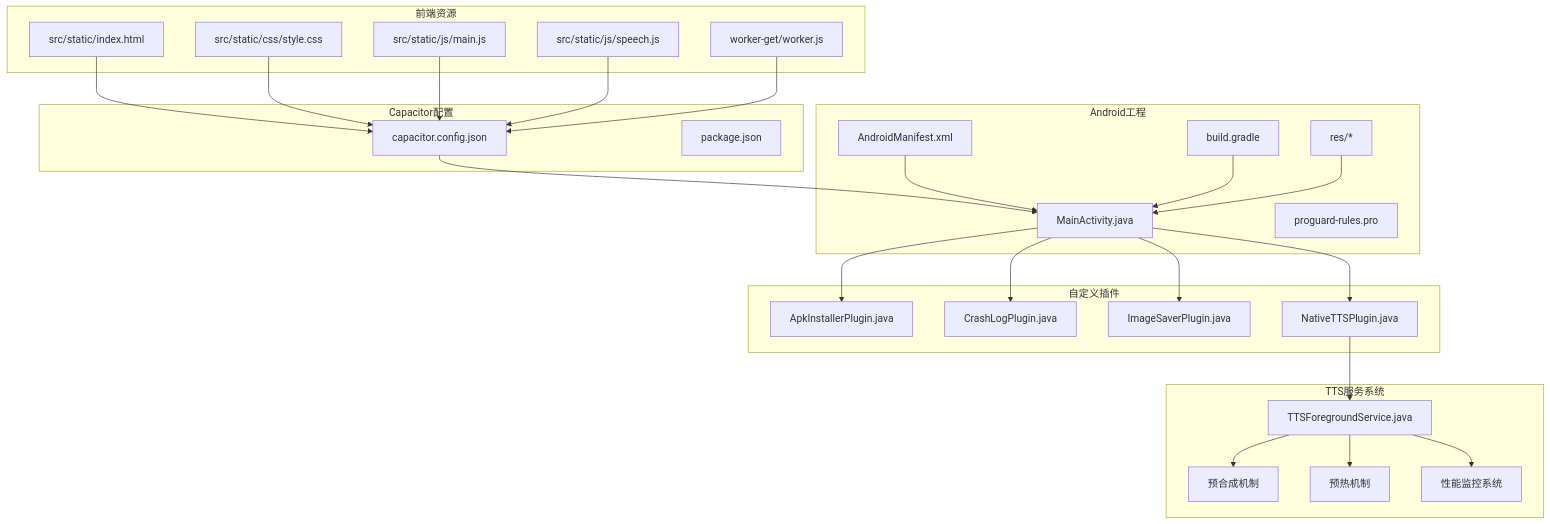
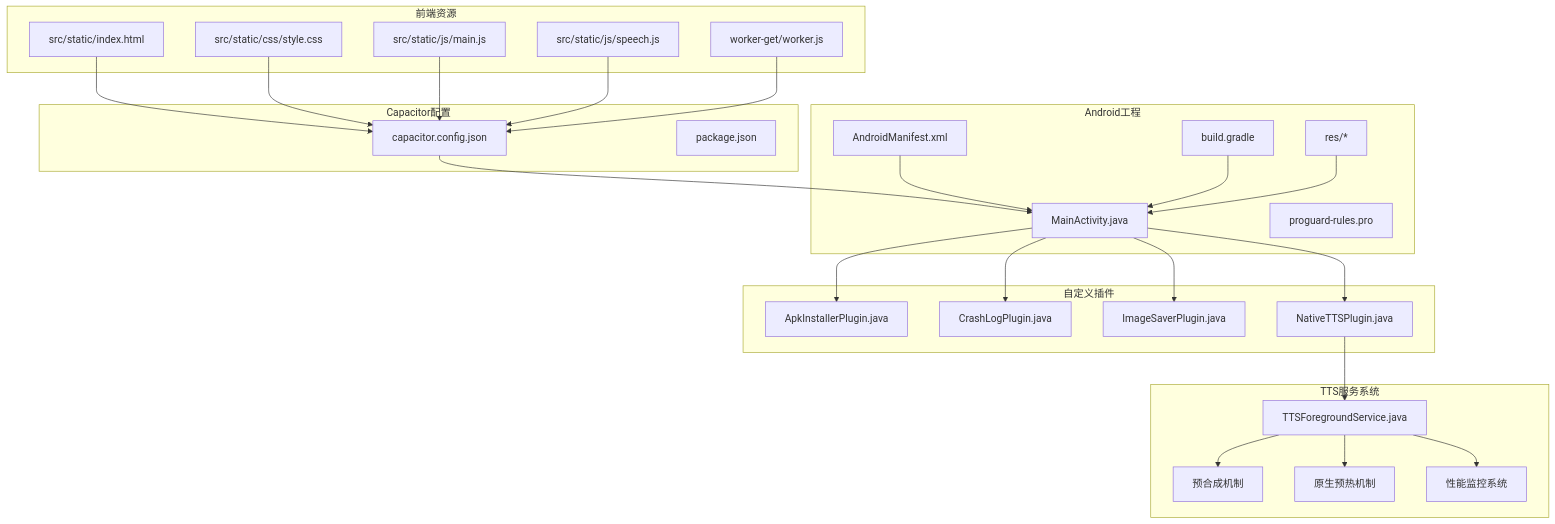
One commit to zhao-zg/cx changed the first of 11 diagrams in .qoder/repowiki/zh/content/移动应用开发/移动应用开发.md. Above: the diagram before and after it, drawn with Mermaid. The commit also changed other lines of this file and 30 other files, not shown here.

````diff
--- a/.qoder/repowiki/zh/content/移动应用开发/移动应用开发.md
+++ b/.qoder/repowiki/zh/content/移动应用开发/移动应用开发.md
@@ -67,50 +67,50 @@
 ```mermaid
 graph TB
 subgraph "前端资源"
 HTML["src/static/index.html"]
 CSS["src/static/css/style.css"]
 JS["src/static/js/main.js"]
 SPEECH["src/static/js/speech.js"]
 WORKER["worker-get/worker.js"]
 end
 subgraph "Capacitor配置"
 CAP_CONF["capacitor.config.json"]
 PKG["package.json"]
 end
 subgraph "Android工程"
 MANIFEST["AndroidManifest.xml"]
 MAINACT["MainActivity.java"]
 BUILD_GRADLE["build.gradle"]
 PROGUARD["proguard-rules.pro"]
 RES["res/*"]
 end
 subgraph "自定义插件"
 APK["ApkInstallerPlugin.java"]
 CRASH["CrashLogPlugin.java"]
 IMG["ImageSaverPlugin.java"]
 TTS["NativeTTSPlugin.java"]
 end
 subgraph "TTS服务系统"
 TTS_SERVICE["TTSForegroundService.java"]
 PRE_SYNTH["预合成机制"]
-WARMUP["预热机制"]
+WARMUP["原生预热机制"]
 PERF_MONITOR["性能监控系统"]
 end
 HTML --> CAP_CONF
 CSS --> CAP_CONF
 JS --> CAP_CONF
 SPEECH --> CAP_CONF
 WORKER --> CAP_CONF
 CAP_CONF --> MAINACT
 MAINACT --> APK
 MAINACT --> CRASH
 MAINACT --> IMG
 MAINACT --> TTS
 MANIFEST --> MAINACT
 BUILD_GRADLE --> MAINACT
 RES --> MAINACT
 TTS --> TTS_SERVICE
 TTS_SERVICE --> PRE_SYNTH
 TTS_SERVICE --> WARMUP
 TTS_SERVICE --> PERF_MONITOR
 ```
````
